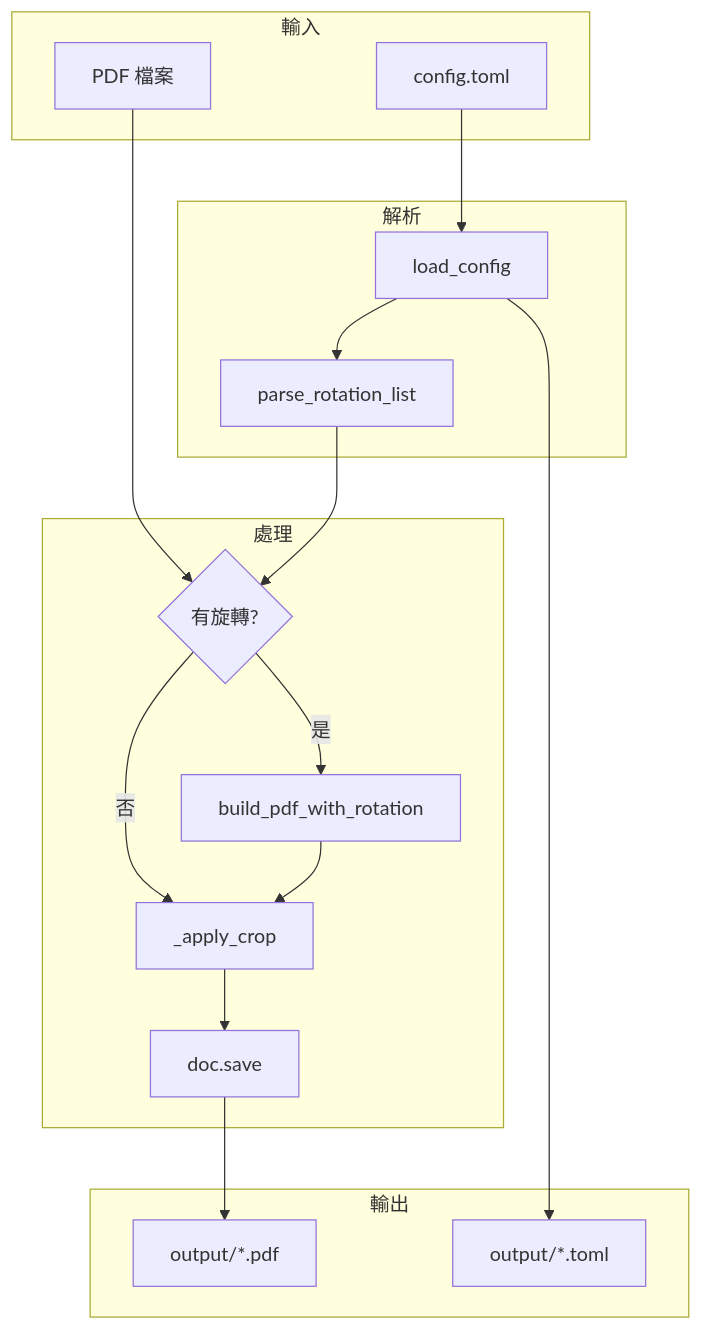
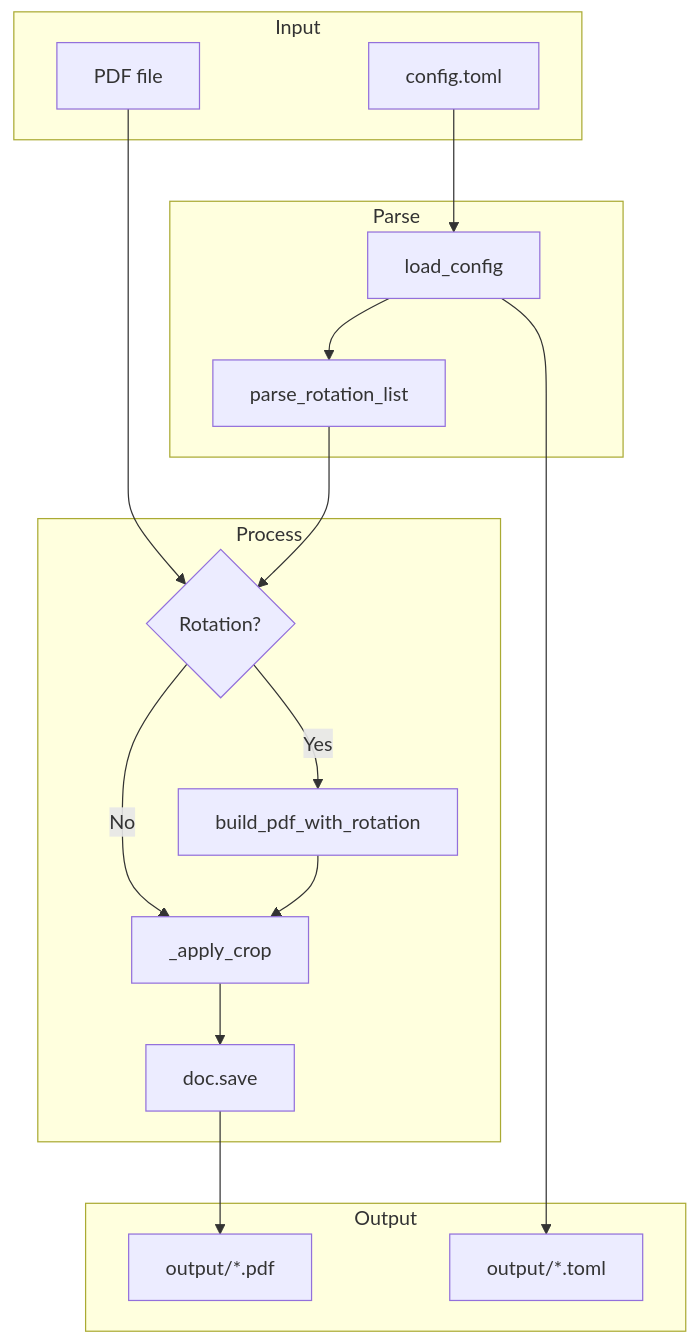
The diagram in docs/TECHNICAL_ANALYSIS.md (alexcode-cc/ebook-crop), drawn with Mermaid before and after one commit. The commit also changed other lines of this file and 8 other files, not shown here.

````diff
--- a/docs/TECHNICAL_ANALYSIS.md
+++ b/docs/TECHNICAL_ANALYSIS.md
@@ -48,35 +48,35 @@
 ```mermaid
 flowchart TD
-    subgraph Input [輸入]
+    subgraph Input [Input]
         A[config.toml]
-        B[PDF 檔案]
+        B[PDF file]
     end
 
-    subgraph Parse [解析]
+    subgraph Parse [Parse]
         C[load_config]
         D[parse_rotation_list]
     end
 
-    subgraph Process [處理]
-        E{有旋轉?}
+    subgraph Process [Process]
+        E{Rotation?}
         F[build_pdf_with_rotation]
         G[_apply_crop]
         H[doc.save]
     end
 
-    subgraph Output [輸出]
+    subgraph Output [Output]
         I[output/*.pdf]
         J[output/*.toml]
     end
 
     A --> C
     C --> D
     B --> E
     D --> E
-    E -->|是| F
-    E -->|否| G
+    E -->|Yes| F
+    E -->|No| G
     F --> G
     G --> H
     H --> I
     C --> J
 ```
````
